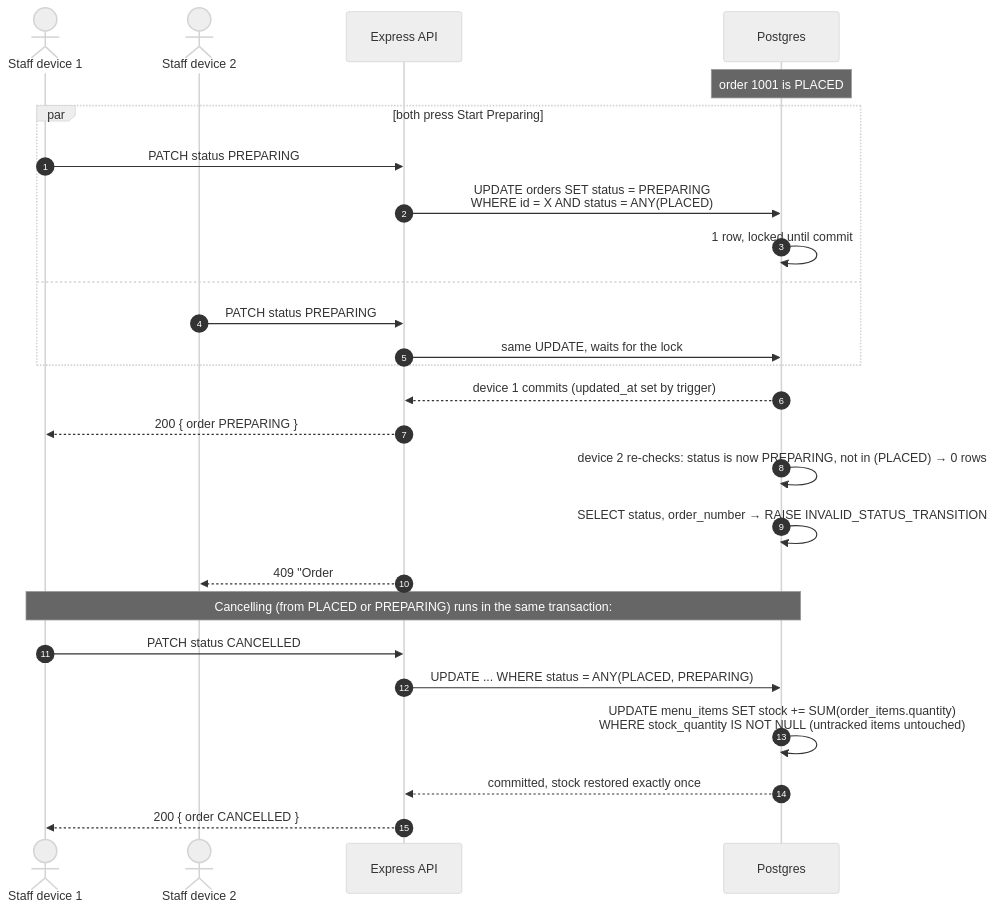
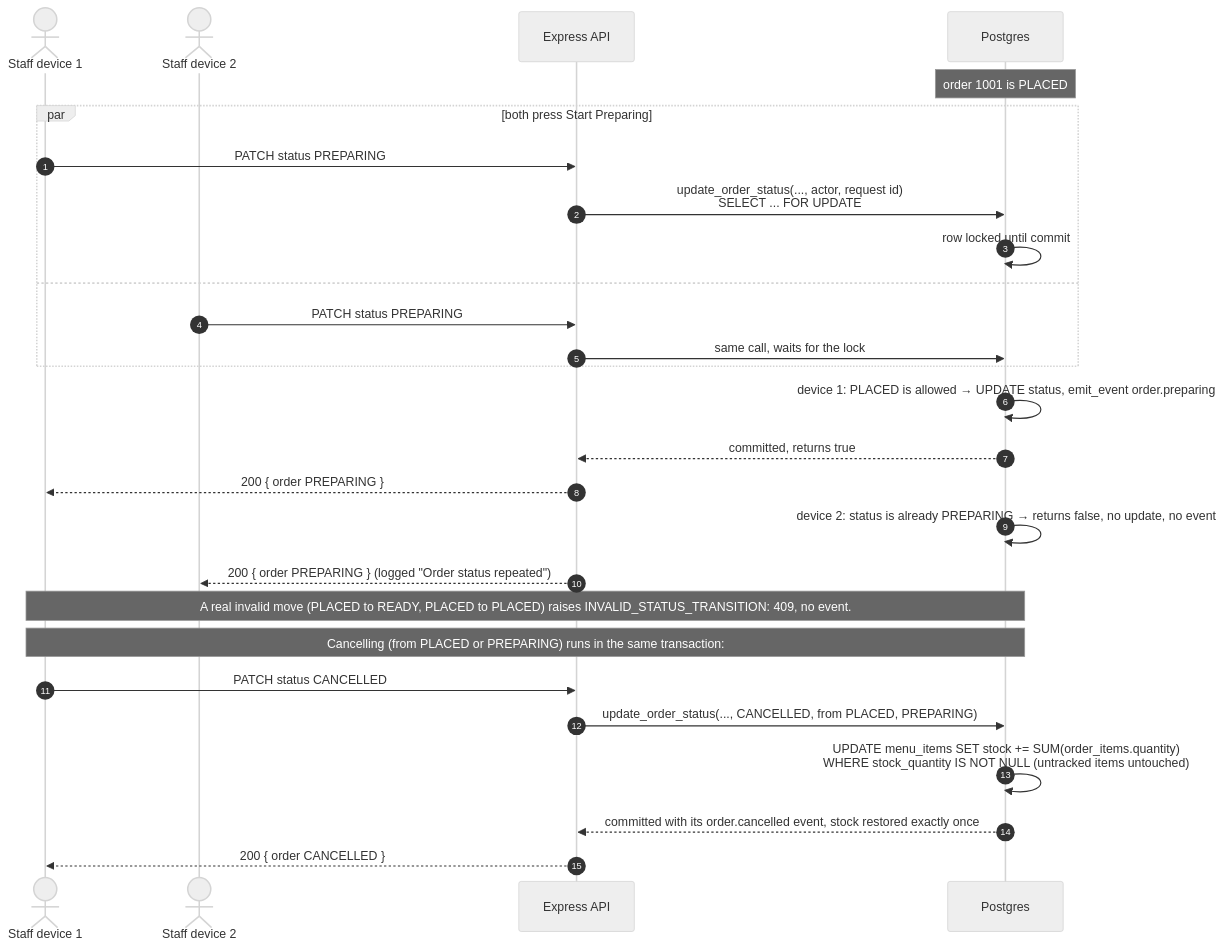
Diagram 22 of 28 in docs/ARCHITECTURE.md (The-KhaNha/KhaNha), drawn with Mermaid (neutral theme) before and after one commit. The commit also changed other lines of this file and 18 other files, not shown here.

First line of the commit message:
Order transitions emit their events and carry their actor; retry-safe statuses

````diff
--- a/docs/ARCHITECTURE.md
+++ b/docs/ARCHITECTURE.md
@@ -788,30 +788,31 @@
 ```mermaid
 sequenceDiagram
   autonumber
   actor S1 as Staff device 1
   actor S2 as Staff device 2
   participant API as Express API
   participant DB as Postgres
 
   Note over DB: order 1001 is PLACED
   par both press Start Preparing
     S1->>API: PATCH status PREPARING
-    API->>DB: UPDATE orders SET status = PREPARING<br/>WHERE id = X AND status = ANY(PLACED)
-    DB->>DB: 1 row, locked until commit
+    API->>DB: update_order_status(..., actor, request id)<br/>SELECT ... FOR UPDATE
+    DB->>DB: row locked until commit
   and
     S2->>API: PATCH status PREPARING
-    API->>DB: same UPDATE, waits for the lock
+    API->>DB: same call, waits for the lock
   end
-  DB-->>API: device 1 commits (updated_at set by trigger)
+  DB->>DB: device 1: PLACED is allowed → UPDATE status, emit_event order.preparing
+  DB-->>API: committed, returns true
   API-->>S1: 200 { order PREPARING }
-  DB->>DB: device 2 re-checks: status is now PREPARING, not in (PLACED) → 0 rows
-  DB->>DB: SELECT status, order_number → RAISE INVALID_STATUS_TRANSITION
-  API-->>S2: 409 "Order #1001 cannot move from PREPARING to PREPARING."
+  DB->>DB: device 2: status is already PREPARING → returns false, no update, no event
+  API-->>S2: 200 { order PREPARING } (logged "Order status repeated")
 
+  Note over S1,DB: A real invalid move (PLACED to READY, PLACED to PLACED) raises INVALID_STATUS_TRANSITION: 409, no event.
   Note over S1,DB: Cancelling (from PLACED or PREPARING) runs in the same transaction:
   S1->>API: PATCH status CANCELLED
-  API->>DB: UPDATE ... WHERE status = ANY(PLACED, PREPARING)
+  API->>DB: update_order_status(..., CANCELLED, from PLACED, PREPARING)
   DB->>DB: UPDATE menu_items SET stock += SUM(order_items.quantity)<br/>WHERE stock_quantity IS NOT NULL (untracked items untouched)
-  DB-->>API: committed, stock restored exactly once
+  DB-->>API: committed with its order.cancelled event, stock restored exactly once
   API-->>S1: 200 { order CANCELLED }
 ```
````
